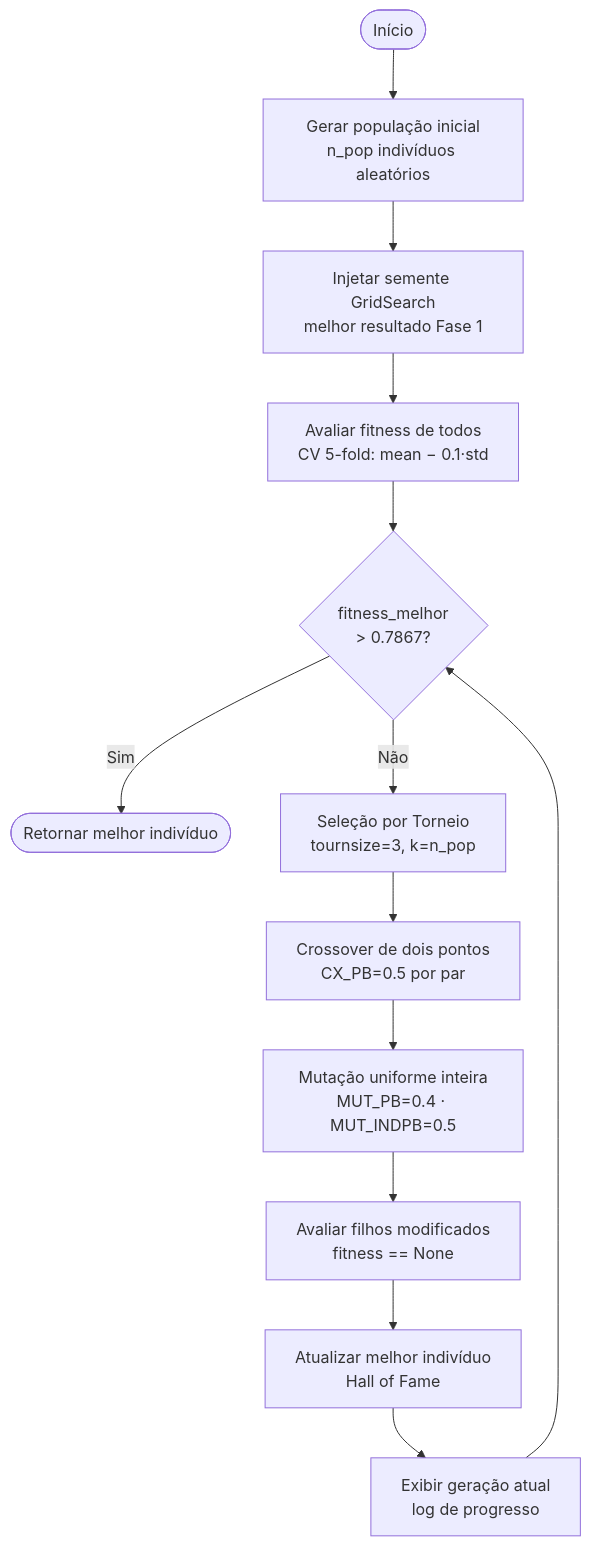
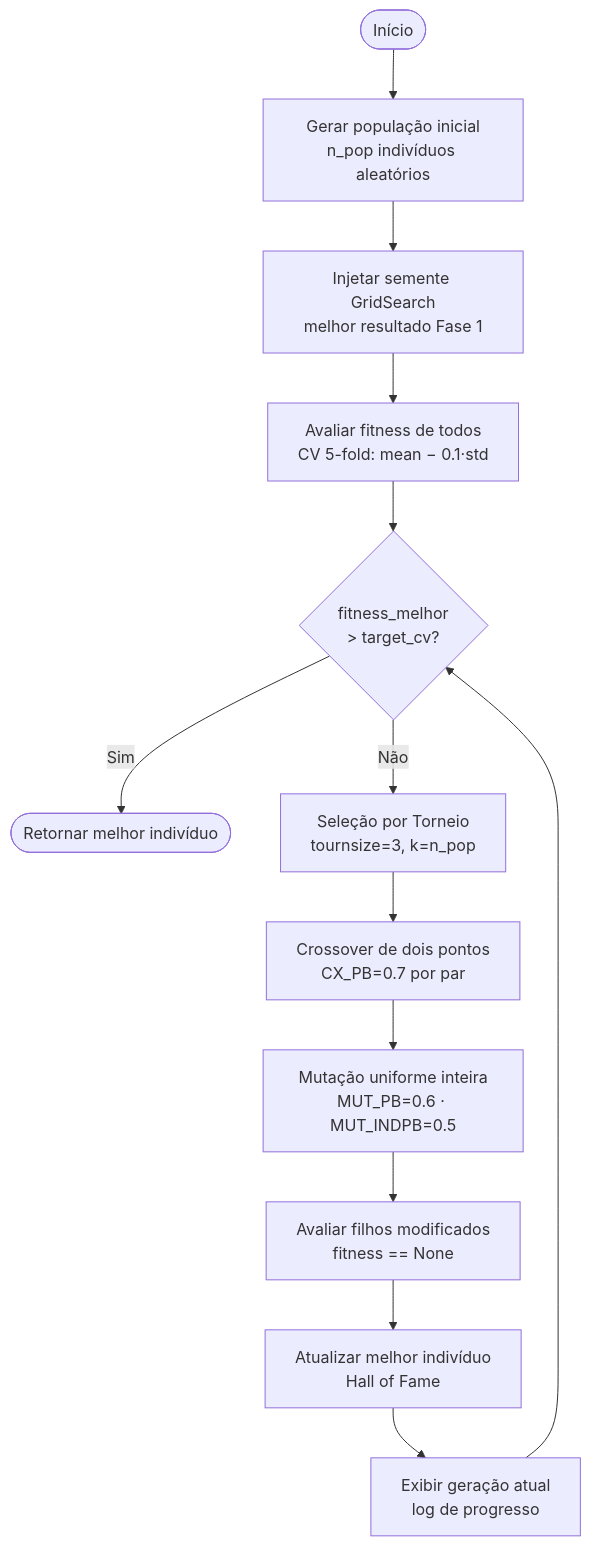
The diagram in ga_diagram.md (rodrigoaraujorosa/fiap-ia-devs-8iadt-fase2-tech-challenge), drawn with Mermaid before and after one commit. The commit also changed other lines of this file and 4 other files, not shown here.

````diff
--- a/ga_diagram.md
+++ b/ga_diagram.md
@@ -5,17 +5,17 @@
 ```mermaid
 flowchart TD
     A([Início]) --> B[Gerar população inicial<br/>n_pop indivíduos aleatórios]
     B --> C[Injetar semente GridSearch<br/>melhor resultado Fase 1]
     C --> D[Avaliar fitness de todos<br/>CV 5-fold: mean − 0.1·std]
 
-    D --> E{fitness_melhor<br/>> 0.7867?}
+    D --> E{fitness_melhor<br/>> target_cv?}
     E -- Sim --> Z([Retornar melhor indivíduo])
 
     E -- Não --> F[Seleção por Torneio<br/>tournsize=3, k=n_pop]
-    F --> G[Crossover de dois pontos<br/>CX_PB=0.5 por par]
-    G --> H[Mutação uniforme inteira<br/>MUT_PB=0.4 · MUT_INDPB=0.5]
+    F --> G[Crossover de dois pontos<br/>CX_PB=0.7 por par]
+    G --> H[Mutação uniforme inteira<br/>MUT_PB=0.6 · MUT_INDPB=0.5]
     H --> I[Avaliar filhos modificados<br/>fitness == None]
     I --> J[Atualizar melhor indivíduo<br/>Hall of Fame]
     J --> K[Exibir geração atual<br/>log de progresso]
     K --> E
 ```
````
